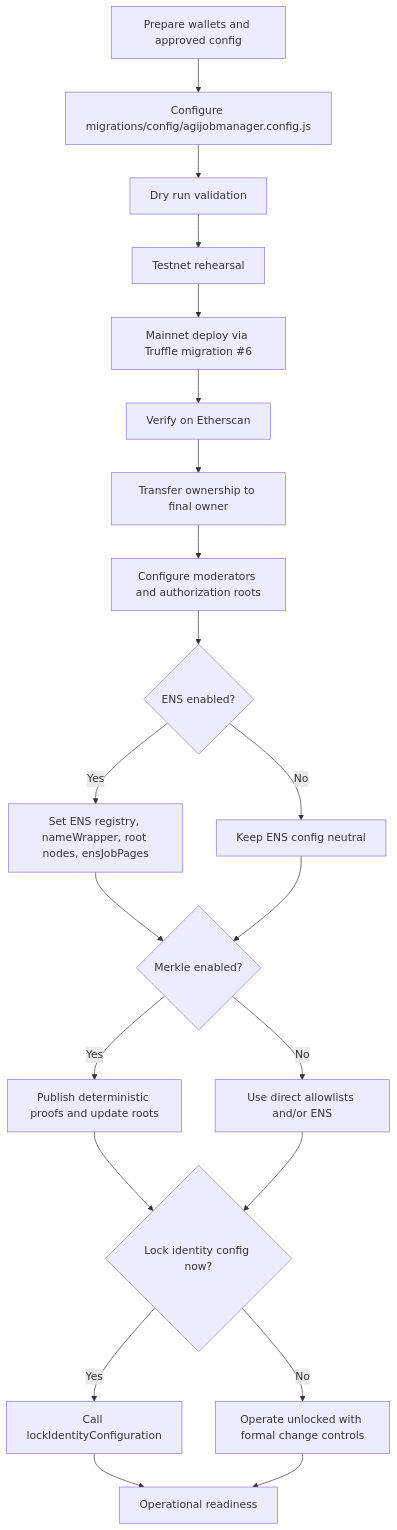
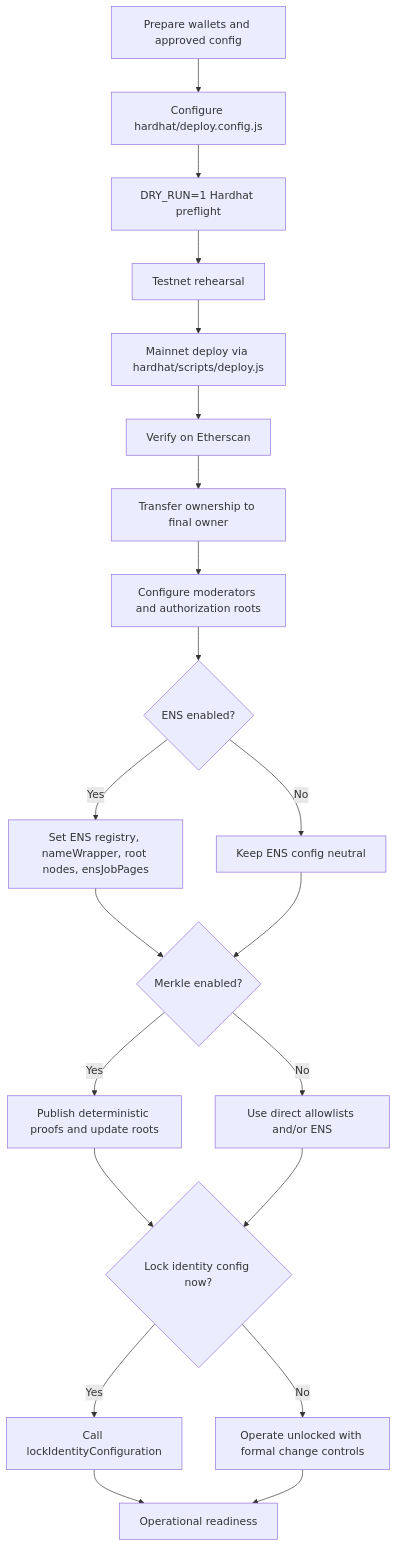
One commit to MontrealAI/AGIJobManager-EmployerBurn changed the first of 4 diagrams in docs/DEPLOYMENT/OWNER_MAINNET_DEPLOYMENT_AND_OPERATIONS_GUIDE.md. Above: the diagram before and after it, drawn with Mermaid. The commit also changed other lines of this file and 4 other files, not shown here.

Commit message:
Harden ENS deploy mainnet env validation and clarify canonical Hardhat runbooks

````diff
--- a/docs/DEPLOYMENT/OWNER_MAINNET_DEPLOYMENT_AND_OPERATIONS_GUIDE.md
+++ b/docs/DEPLOYMENT/OWNER_MAINNET_DEPLOYMENT_AND_OPERATIONS_GUIDE.md
@@ -182,23 +182,23 @@
 ```mermaid
 flowchart TD
-    A[Prepare wallets and approved config] --> B[Configure migrations/config/agijobmanager.config.js]
-    B --> C[Dry run validation]
+    A[Prepare wallets and approved config] --> B[Configure hardhat/deploy.config.js]
+    B --> C[DRY_RUN=1 Hardhat preflight]
     C --> D[Testnet rehearsal]
-    D --> E[Mainnet deploy via Truffle migration #6]
+    D --> E[Mainnet deploy via hardhat/scripts/deploy.js]
     E --> F[Verify on Etherscan]
     F --> G[Transfer ownership to final owner]
     G --> H[Configure moderators and authorization roots]
     H --> I{ENS enabled?}
     I -->|Yes| I1[Set ENS registry, nameWrapper, root nodes, ensJobPages]
     I -->|No| I2[Keep ENS config neutral]
     I1 --> J{Merkle enabled?}
     I2 --> J
     J -->|Yes| J1[Publish deterministic proofs and update roots]
     J -->|No| J2[Use direct allowlists and/or ENS]
     J1 --> K{Lock identity config now?}
     J2 --> K
     K -->|Yes| K1[Call lockIdentityConfiguration]
     K -->|No| K2[Operate unlocked with formal change controls]
     K1 --> L[Operational readiness]
     K2 --> L
 ```
````
